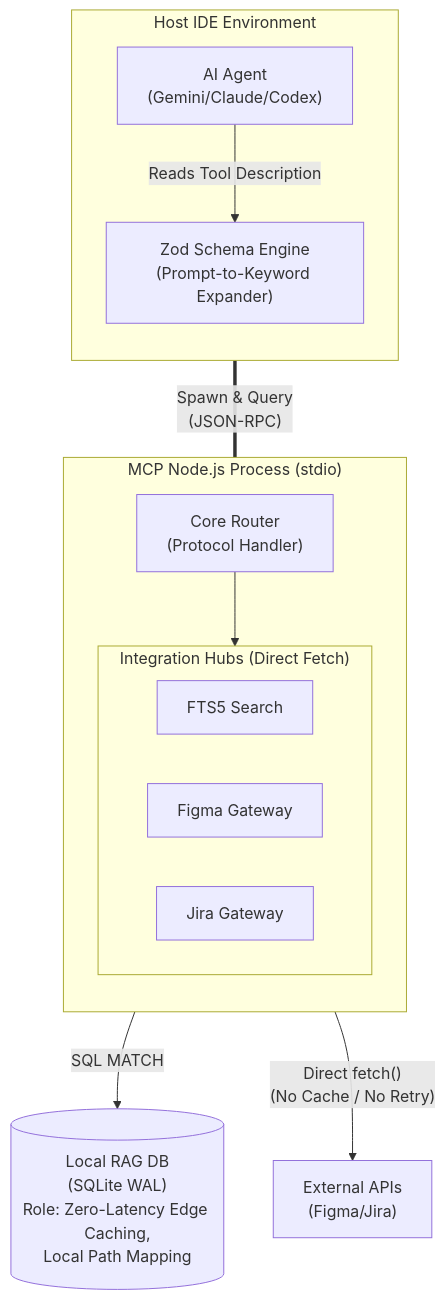
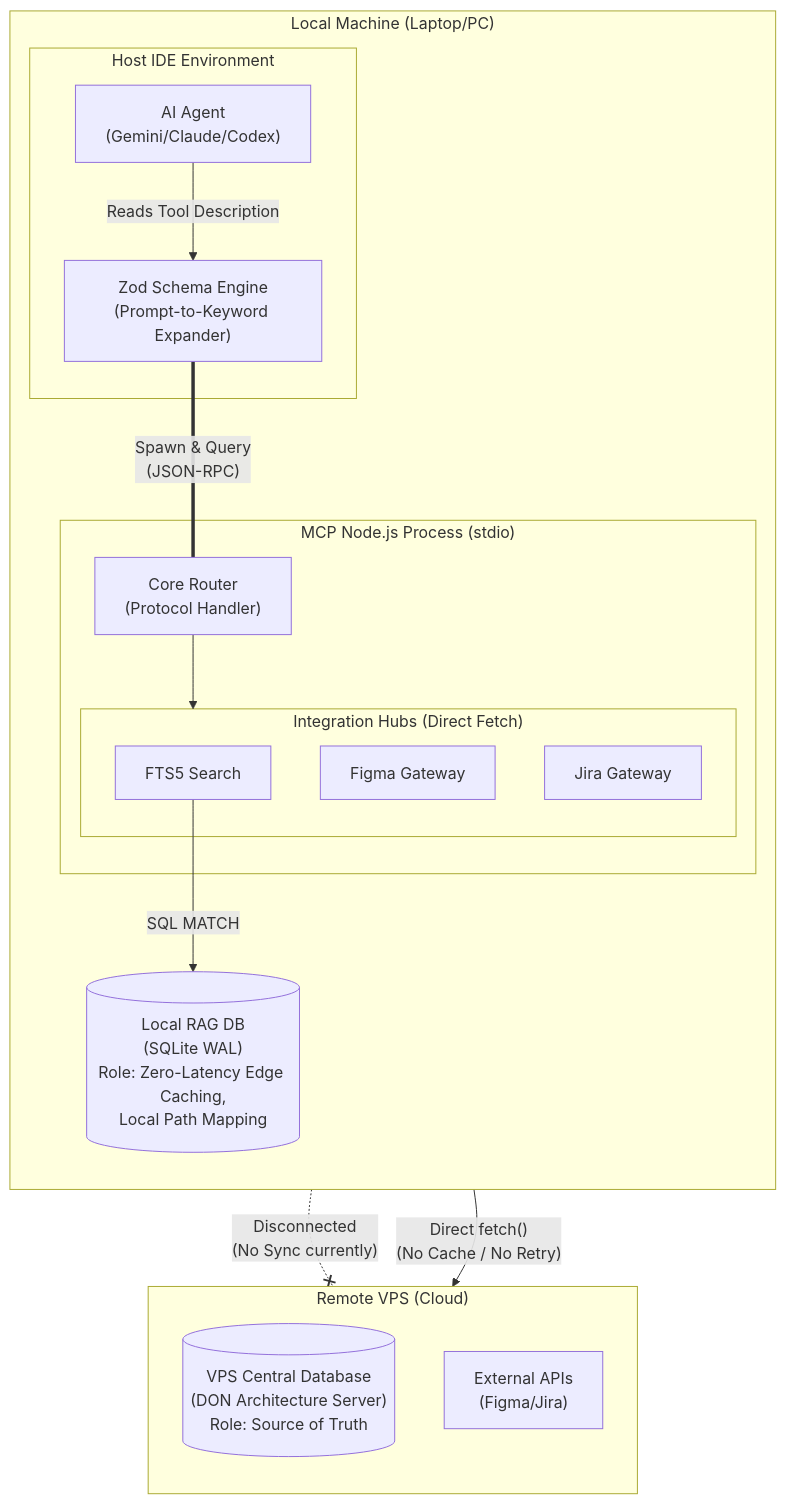
One commit to cachep-xidau/MCP-server changed the first of 4 diagrams in README.md. Above: the diagram before and after it, drawn with Mermaid.

Commit message:
docs: expose disconnected VPS DB state in MVP architectural diagram

````diff
--- a/README.md
+++ b/README.md
@@ -22,30 +22,38 @@
 ```mermaid
 flowchart TD
-    subgraph HostIDE["Host IDE Environment"]
+    subgraph Local_Workspace["Local Machine (Laptop/PC)"]
         direction TB
-        Agent["AI Agent\n(Gemini/Claude/Codex)"]
-        Expander["Zod Schema Engine\n(Prompt-to-Keyword Expander)"]
-        Agent -- "Reads Tool Description" --> Expander
+        
+        subgraph HostIDE["Host IDE Environment"]
+            Agent["AI Agent\n(Gemini/Claude/Codex)"]
+            Expander["Zod Schema Engine\n(Prompt-to-Keyword Expander)"]
+            Agent -- "Reads Tool Description" --> Expander
+        end
+
+        subgraph MCP_Process["MCP Node.js Process (stdio)"]
+            Router["Core Router\n(Protocol Handler)"]
+
+            subgraph ToolsLayer["Integration Hubs (Direct Fetch)"]
+                T_Search["FTS5 Search"]
+                T_Figma["Figma Gateway"]
+                T_Jira["Jira Gateway"]
+            end
+
+            Router --> ToolsLayer
+        end
+
+        LocalDB[("Local RAG DB\n(SQLite WAL)\nRole: Zero-Latency Edge Caching,\nLocal Path Mapping")]
+        
+        Expander == "Spawn & Query\n(JSON-RPC)" === Router
+        T_Search -- "SQL MATCH" --> LocalDB
     end
 
-    subgraph MCP_Process["MCP Node.js Process (stdio)"]
+    subgraph Cloud_Environment["Remote VPS (Cloud)"]
         direction TB
-        Router["Core Router\n(Protocol Handler)"]
-
-        subgraph ToolsLayer["Integration Hubs (Direct Fetch)"]
-            direction LR
-            T_Search["FTS5 Search"]
-            T_Figma["Figma Gateway"]
-            T_Jira["Jira Gateway"]
-        end
-
-        Router --> ToolsLayer
+        MasterDB[("VPS Central Database\n(DON Architecture Server)\nRole: Source of Truth")]
+        ExtAPIs["External APIs\n(Figma/Jira)"]
     end
 
-    LocalDB[("Local RAG DB\n(SQLite WAL)\nRole: Zero-Latency Edge Caching,\nLocal Path Mapping")]
-    ExtAPIs["External APIs\n(Figma/Jira)"]
-
-    Expander == "Spawn & Query\n(JSON-RPC)" === Router
-    T_Search -- "SQL MATCH" --> LocalDB
     ToolsLayer -- "Direct fetch()\n(No Cache / No Retry)" --> ExtAPIs
+    LocalDB -. "Disconnected\n(No Sync currently)" .-x MasterDB
 ```
````
